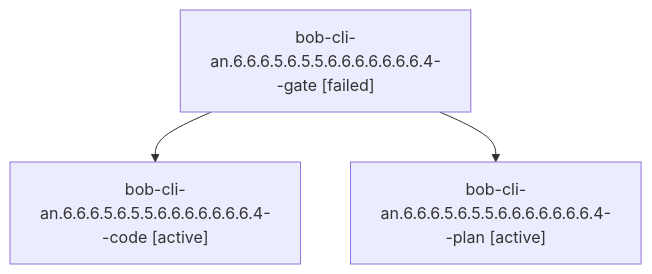
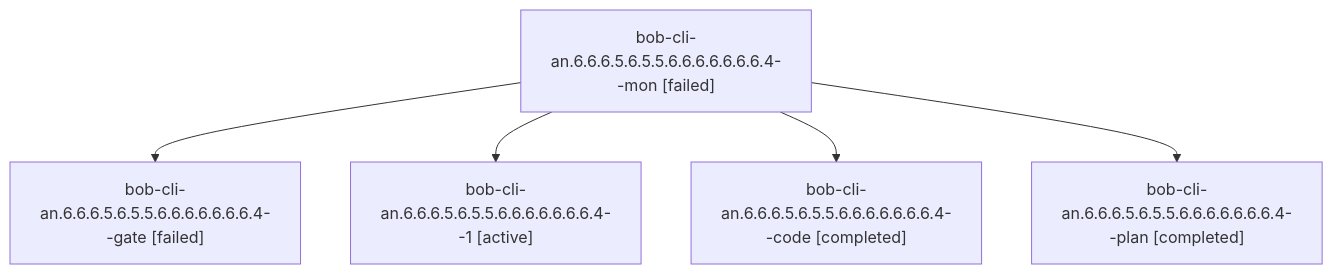
The diagram in sessions/bbugyi200.athena.bob-cli-an.6.6.6.5.6.5.5.6.6.6.6.6.6.6.4.md (bobs-org/bob-cli--agents), drawn with Mermaid before and after one commit. The commit also changed other lines of this file and 229 other files, not shown here.

````diff
--- a/sessions/bbugyi200.athena.bob-cli-an.6.6.6.5.6.5.5.6.6.6.6.6.6.6.4.md
+++ b/sessions/bbugyi200.athena.bob-cli-an.6.6.6.5.6.5.5.6.6.6.6.6.6.6.4.md
@@ -9,8 +9,12 @@
 ```mermaid
 flowchart TD
-  n0["bob-cli-an.6.6.6.5.6.5.5.6.6.6.6.6.6.6.4--gate [failed]"]
-  n1["bob-cli-an.6.6.6.5.6.5.5.6.6.6.6.6.6.6.4--code [active]"]
+  n0["bob-cli-an.6.6.6.5.6.5.5.6.6.6.6.6.6.6.4--mon [failed]"]
+  n1["bob-cli-an.6.6.6.5.6.5.5.6.6.6.6.6.6.6.4--gate [failed]"]
   n0 --> n1
-  n2["bob-cli-an.6.6.6.5.6.5.5.6.6.6.6.6.6.6.4--plan [active]"]
+  n2["bob-cli-an.6.6.6.5.6.5.5.6.6.6.6.6.6.6.4--1 [active]"]
   n0 --> n2
+  n3["bob-cli-an.6.6.6.5.6.5.5.6.6.6.6.6.6.6.4--code [completed]"]
+  n0 --> n3
+  n4["bob-cli-an.6.6.6.5.6.5.5.6.6.6.6.6.6.6.4--plan [completed]"]
+  n0 --> n4
 ```
````
